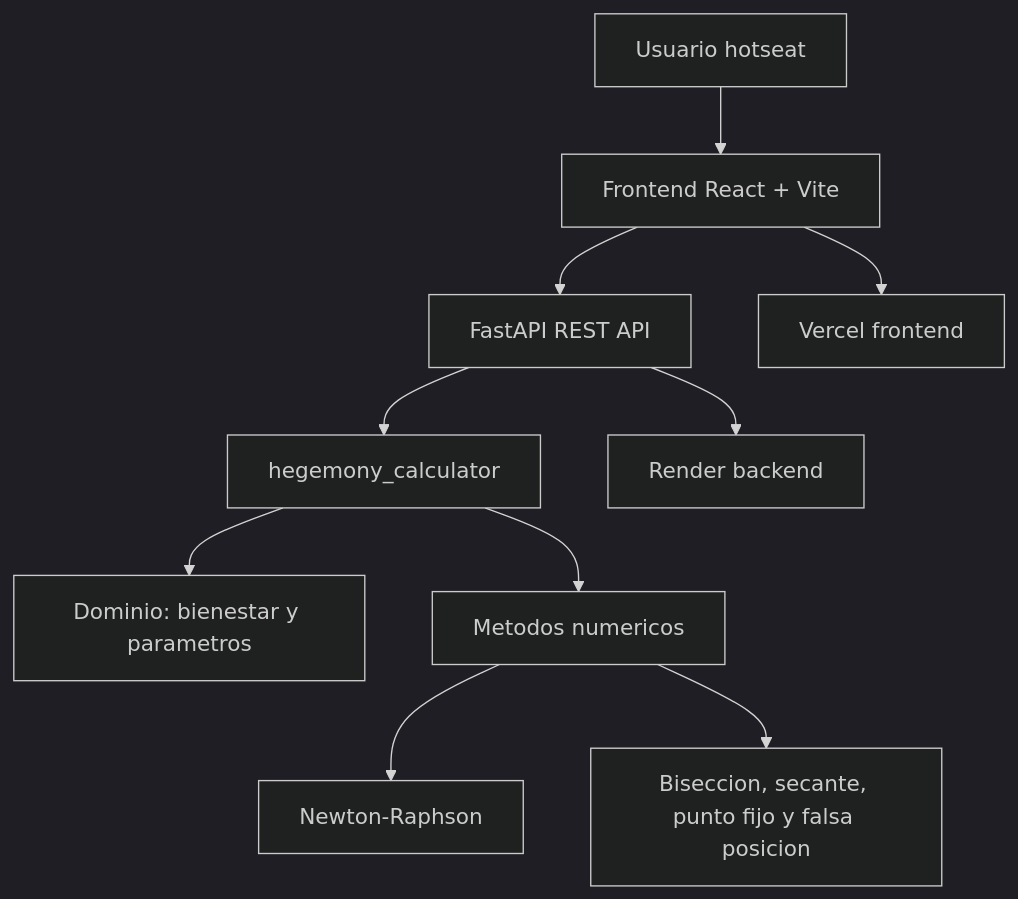
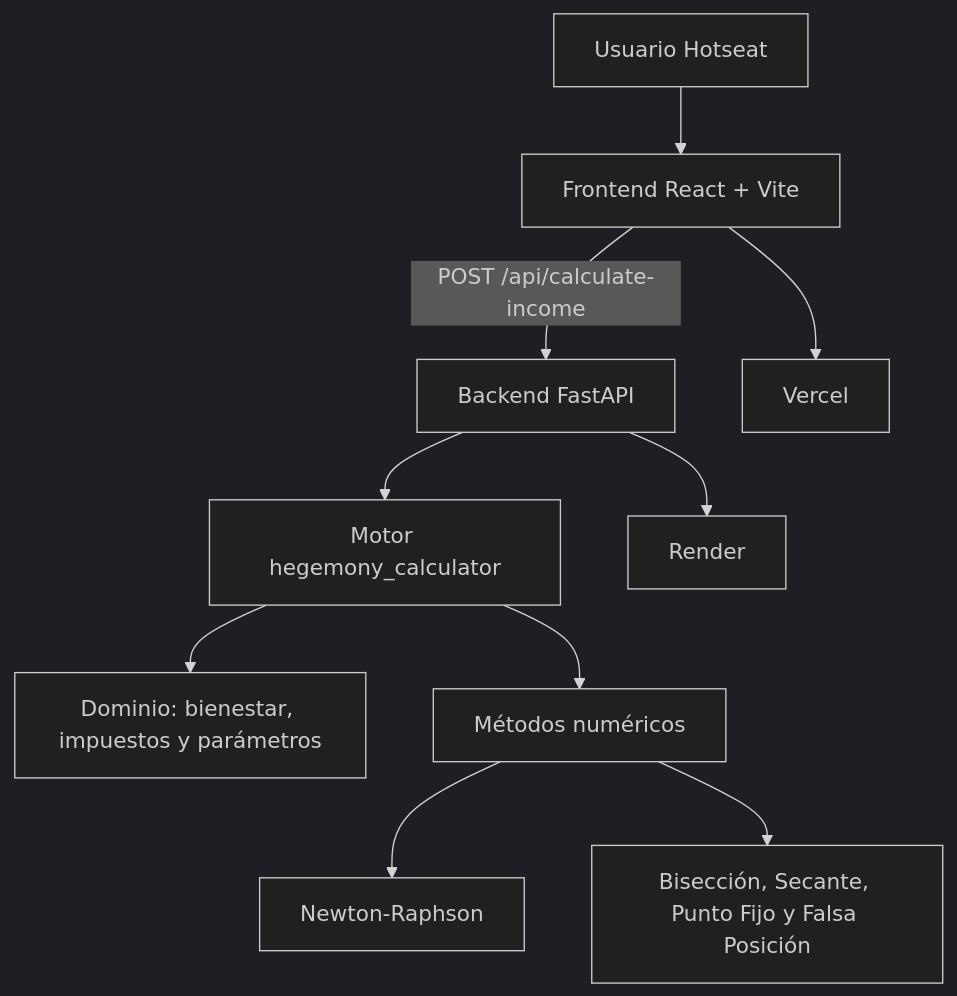
Before and after one commit to Dabji/Hegemony-Linear: the diagram in README.md, drawn with Mermaid (dark theme). The commit also changed other lines of this file and 7 other files, not shown here.

````diff
--- a/README.md
+++ b/README.md
@@ -71,12 +81,12 @@
 ```mermaid
 graph TD
-    A["Usuario hotseat"] --> B["Frontend React + Vite"]
-    B --> C["FastAPI REST API"]
-    C --> D["hegemony_calculator"]
-    D --> E["Dominio: bienestar y parametros"]
-    D --> F["Metodos numericos"]
+    A["Usuario Hotseat"] --> B["Frontend React + Vite"]
+    B -->|"POST /api/calculate-income"| C["Backend FastAPI"]
+    C --> D["Motor hegemony_calculator"]
+    D --> E["Dominio: bienestar, impuestos y parámetros"]
+    D --> F["Métodos numéricos"]
     F --> G["Newton-Raphson"]
-    F --> H["Biseccion, secante, punto fijo y falsa posicion"]
-    C --> I["Render backend"]
-    B --> J["Vercel frontend"]
+    F --> H["Bisección, Secante, Punto Fijo y Falsa Posición"]
+    B --> I["Vercel"]
+    C --> J["Render"]
 ```
````
